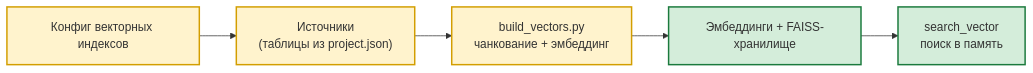
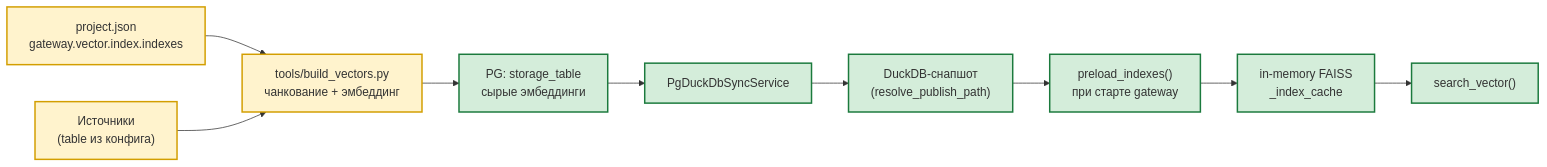
Before and after one commit to AlexEgorov85/workspaces_nanobot: the diagram in docs/VECTOR_INDEXES.md, drawn with Mermaid. The commit also changed other lines of this file and 43 other files, not shown here.

````diff
--- a/docs/VECTOR_INDEXES.md
+++ b/docs/VECTOR_INDEXES.md
@@ -48,11 +8,15 @@
 ```mermaid
 flowchart LR
-    CFG["Конфиг векторных индексов"] --> SRC["Источники<br/>(таблицы из project.json)"]
-    SRC --> BL["build_vectors.py<br/>чанкование + эмбеддинг"]
-    BL --> ST["Эмбеддинги + FAISS-хранилище"]
-    ST --> SE["search_vector<br/>поиск в память"]
+    CFG["project.json<br/>gateway.vector.index.indexes"] --> BL["tools/build_vectors.py<br/>чанкование + эмбеддинг"]
+    SRC["Источники<br/>(table из конфига)"] --> BL
+    BL --> PG["PG: storage_table<br/>сырые эмбеддинги"]
+    PG --> SYNC["PgDuckDbSyncService"]
+    SYNC --> SNAP["DuckDB-снапшот<br/>(resolve_publish_path)"]
+    SNAP --> PRE["preload_indexes()<br/>при старте gateway"]
+    PRE --> MEM["in-memory FAISS<br/>_index_cache"]
+    MEM --> SE["search_vector()"]
     classDef core fill:#fff3cd,stroke:#d39e00,stroke-width:2px
     classDef infra fill:#d4edda,stroke:#1b7a3d,stroke-width:2px
     class CFG,SRC,BL core
-    class ST,SE infra
+    class PG,SYNC,SNAP,PRE,MEM,SE infra
 ```
````
